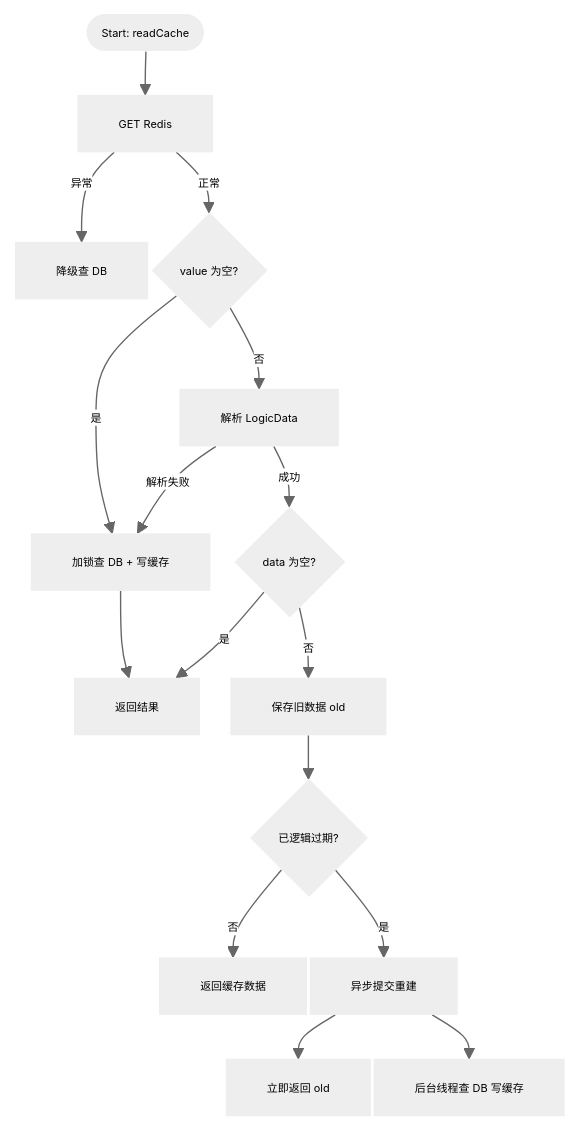
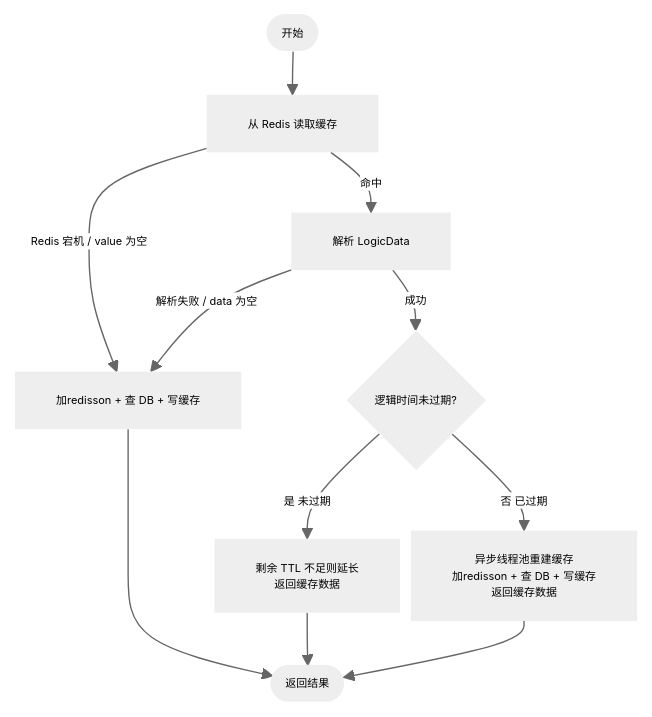
Before and after one commit to 1reaikeyi/flowerpayment-ai: the first of 2 diagrams in README.md, drawn with Mermaid. The commit also changed other lines of this file and 8 other files, not shown here.

Commit message:
admin/flower完成，使用redisson+redis+mysql协作

````diff
--- a/README.md
+++ b/README.md
@@ -174,19 +178,14 @@
 ```mermaid
-%%{init: {'theme':'neutral','themeVariables':{'fontSize':'8px','nodeBorder':'2px'},'flowchart':{'nodeSpacing':2,'rankSpacing':32,'useMaxWidth':false,'curve':'basis'}}}%%
+%%{init: {'theme':'neutral','themeVariables':{'fontSize':'8px','nodeBorder':'2px'},'flowchart':{'nodeSpacing':8,'rankSpacing':32,'useMaxWidth':false,'curve':'basis'}}}%%
 flowchart TD
-    S([Start: readCache]) --> A[GET Redis]
-    A -->|异常| B[降级查 DB]
-    A -->|正常| C{value 为空?}
-    C -->|是| D[加锁查 DB + 写缓存]
-    C -->|否| E[解析 LogicData]
-    D --> R[返回结果]
-    E -->|解析失败| D
-    E -->|成功| F{data 为空?}
-    F -->|是| R
-    F -->|否| G[保存旧数据 old]
-    G --> H{已逻辑过期?}
-    H -->|否| I[返回缓存数据]
-    H -->|是| J[异步提交重建]
-    J --> K[立即返回 old]
-    J --> L[后台线程查 DB 写缓存]
+    S([开始]) --> A[从 Redis 读取缓存]
+    A -->|Redis 宕机 / value 为空| B[加redisson + 查 DB + 写缓存]
+    A -->|命中| C[解析 LogicData]
+    C -->|解析失败 / data 为空| B
+    C -->|成功| D{逻辑时间未过期?}
+    D -->|是 未过期| E[剩余 TTL 不足则延长<br/>返回缓存数据]
+    D -->|否 已过期| F[异步线程池重建缓存<br/>加redisson + 查 DB + 写缓存<br/>返回缓存数据]
+    B --> R([返回结果])
+    E --> R
+    F --> R
 ```
````
